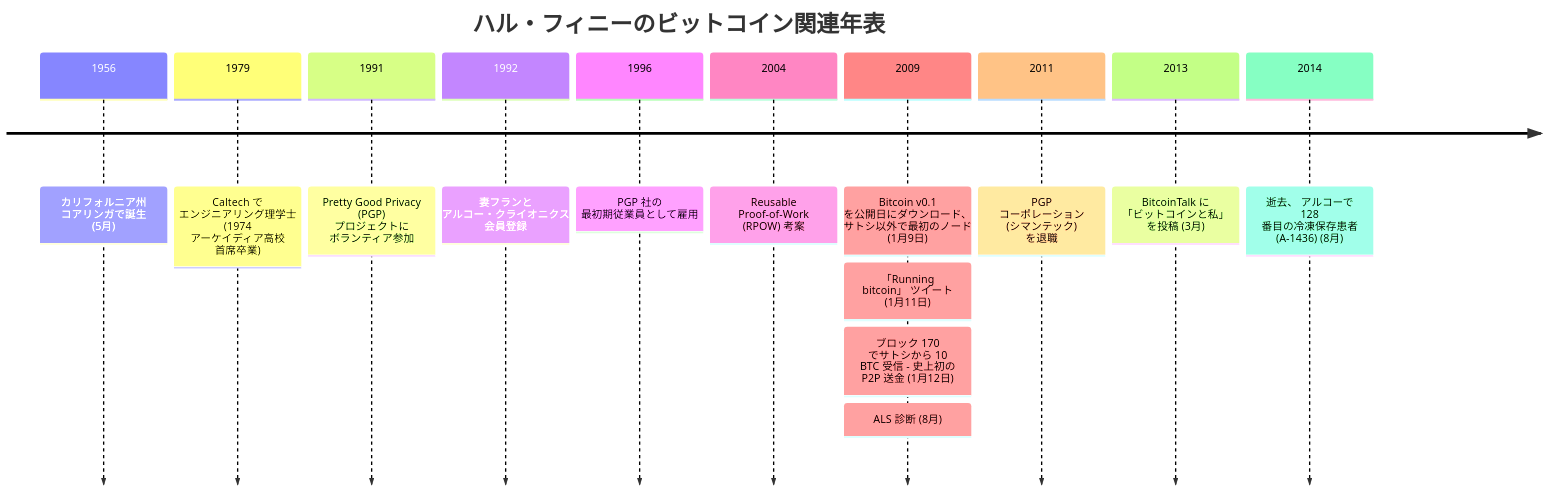
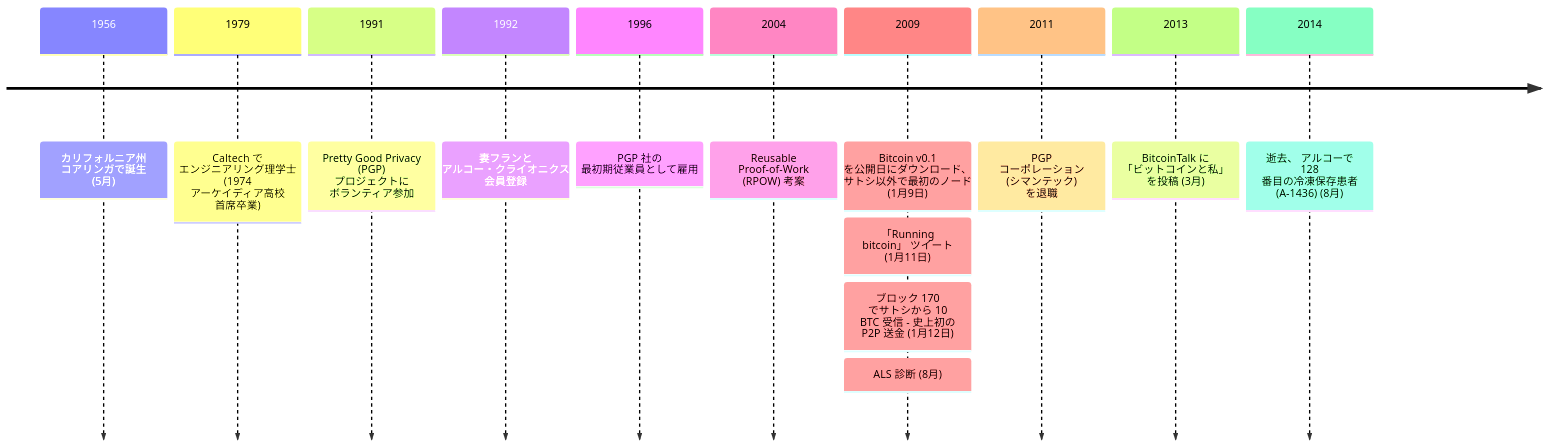
Before and after one commit to cypher256/BitcoinArchive: the diagram in src/data/translations/ja/aftermath/2014-08-28-hal-finney-biography.md, drawn with Mermaid. The commit also changed other lines of this file and 50 other files, not shown here.

````diff
--- a/src/data/translations/ja/aftermath/2014-08-28-hal-finney-biography.md
+++ b/src/data/translations/ja/aftermath/2014-08-28-hal-finney-biography.md
@@ -64,17 +66,16 @@
 ```mermaid
 timeline
-    title ハル・フィニーのビットコイン関連年表
     1956 : カリフォルニア州 コアリンガで誕生 (5月)
     1979 : Caltech で エンジニアリング理学士 (1974 アーケイディア高校 首席卒業)
     1991 : Pretty Good Privacy (PGP) プロジェクトに ボランティア参加
     1992 : 妻フランと アルコー・クライオニクス 会員登録
     1996 : PGP 社の 最初期従業員として雇用
     2004 : Reusable Proof-of-Work (RPOW) 考案
     2009 : Bitcoin v0.1 を公開日にダウンロード、 サトシ以外で最初のノード (1月9日)
          : 「Running bitcoin」 ツイート (1月11日)
          : ブロック 170 でサトシから 10 BTC 受信 - 史上初の P2P 送金 (1月12日)
          : ALS 診断 (8月)
     2011 : PGP コーポレーション (シマンテック) を退職
     2013 : BitcoinTalk に 「ビットコインと私」 を投稿 (3月)
     2014 : 逝去、 アルコーで 128 番目の冷凍保存患者 (A-1436) (8月)
 ```
````
